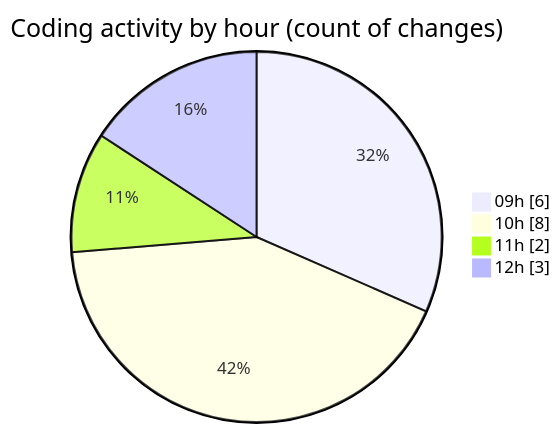
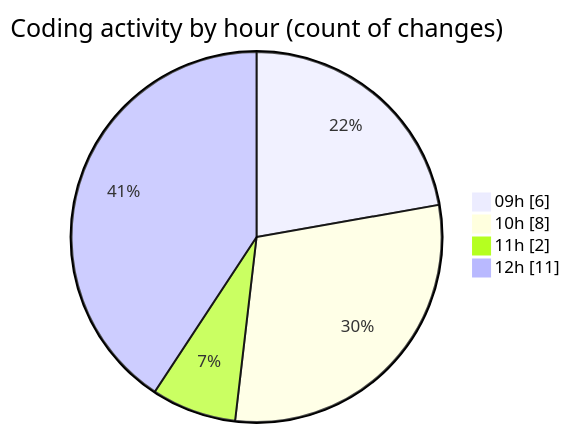
The second of 2 diagrams in 2026-08-13/cda/README.md (momahboobian/code-tracking), drawn with Mermaid before and after one commit. The commit also changed other lines of this file and 1 other file, not shown here.

````diff
--- a/2026-08-13/cda/README.md
+++ b/2026-08-13/cda/README.md
@@ -41,8 +42,8 @@
 ```mermaid
 pie showData
 title Coding activity by hour (count of changes)
 "09h" : 6
 "10h" : 8
 "11h" : 2
-"12h" : 3
+"12h" : 11
 ```
````
